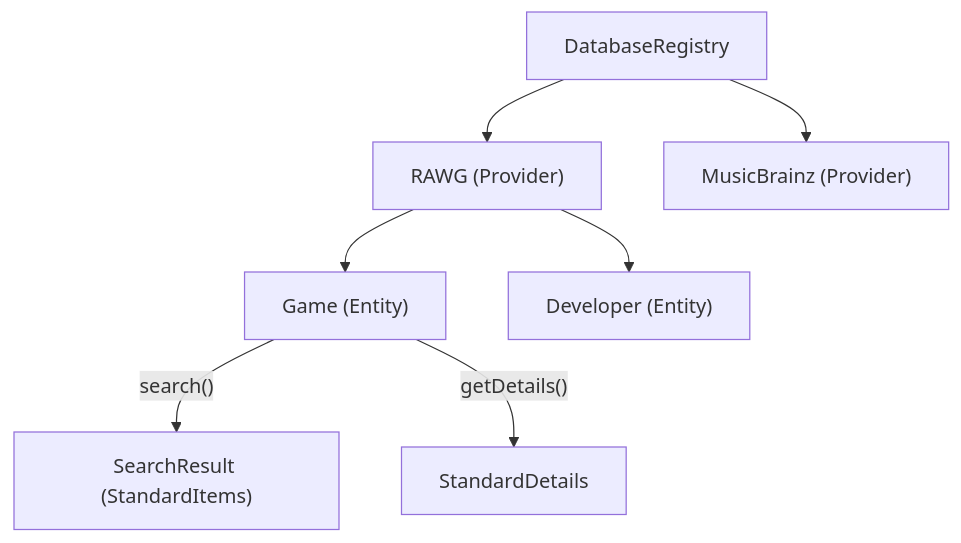
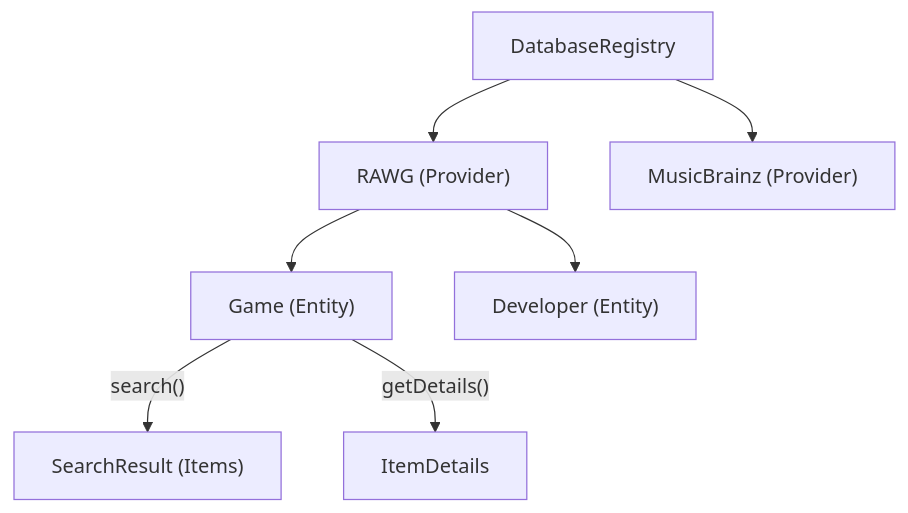
One commit to Kajiih/MOAT changed the first of 2 diagrams in docs/dev/database_v2_design.md. Above: the diagram before and after it, drawn with Mermaid. The commit also changed other lines of this file and 30 other files, not shown here.

````diff
--- a/docs/dev/database_v2_design.md
+++ b/docs/dev/database_v2_design.md
@@ -20,9 +20,9 @@
 ```mermaid
 graph TD
     Registry["DatabaseRegistry"] --> P1["RAWG (Provider)"]
     Registry --> P2["MusicBrainz (Provider)"]
     P1 --> E1["Game (Entity)"]
     P1 --> E2["Developer (Entity)"]
-    E1 -- search() --> Results["SearchResult (StandardItems)"]
-    E1 -- getDetails() --> Details["StandardDetails"]
+    E1 -- search() --> Results["SearchResult (Items)"]
+    E1 -- getDetails() --> Details["ItemDetails"]
 ```
````
